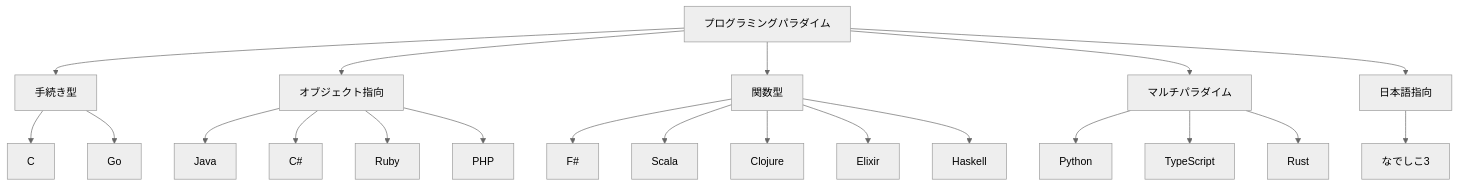
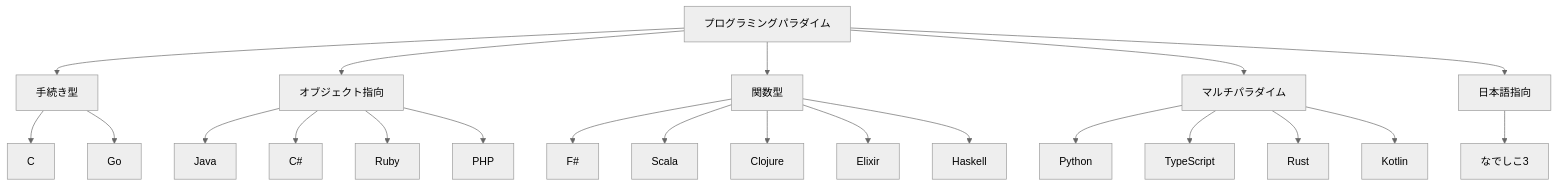
The diagram in docs/article/all/01-language-overview.md (k2works/getting-started-algorithm), drawn with Mermaid (neutral theme) before and after one commit. The commit also changed other lines of this file and 7 other files, not shown here.

````diff
--- a/docs/article/all/01-language-overview.md
+++ b/docs/article/all/01-language-overview.md
@@ -11,23 +11,24 @@
 ```mermaid
 graph TD
     A[プログラミングパラダイム] --> B[手続き型]
     A --> C[オブジェクト指向]
     A --> D[関数型]
     B --> B1[C]
     B --> B2[Go]
     C --> C1[Java]
     C --> C2[C#]
     C --> C3[Ruby]
     C --> C4[PHP]
     A --> E[マルチパラダイム]
     E --> E1[Python]
     E --> E2[TypeScript]
     E --> E3[Rust]
+    E --> E4[Kotlin]
     D --> D1[F#]
     D --> D2[Scala]
     D --> D3[Clojure]
     D --> D4[Elixir]
     D --> D5[Haskell]
     A --> F[日本語指向]
     F --> F1[なでしこ3]
 ```
````
